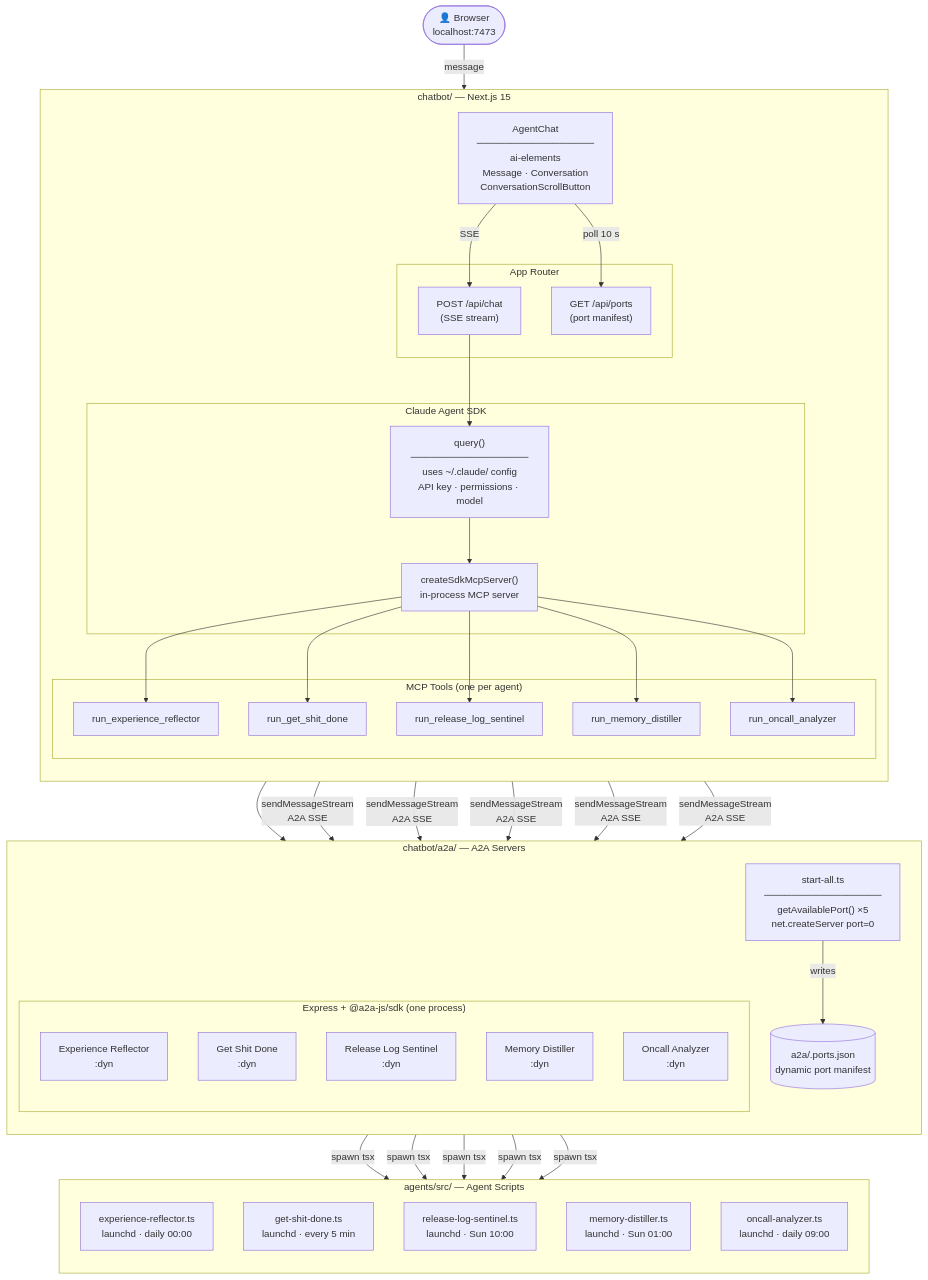
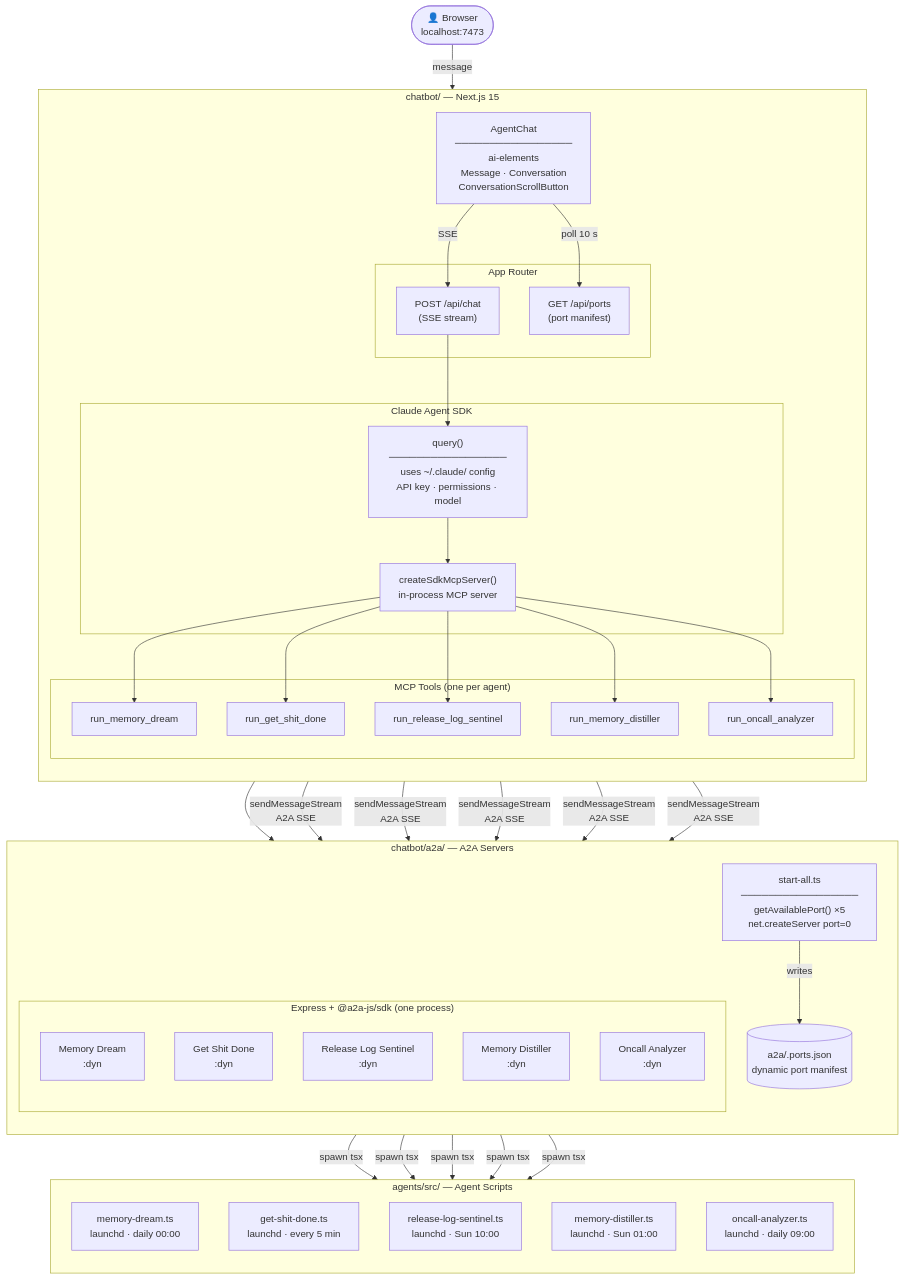
One commit to PixelPaw-Labs/DovePaw changed the first of 3 diagrams in README.md. Above: the diagram before and after it, drawn with Mermaid. The commit also changed other lines of this file and 14 other files, not shown here.

First line of the commit message:
refactor: rename experience-reflector agent to memory-dream

````diff
--- a/README.md
+++ b/README.md
@@ -11,72 +11,72 @@
 ```mermaid
 flowchart TD
     User(["👤 Browser\nlocalhost:7473"])
 
     subgraph chatbot["chatbot/  —  Next.js 15"]
         direction TB
         UI["AgentChat\n─────────────────\nai-elements\nMessage · Conversation\nConversationScrollButton"]
 
         subgraph routes["App Router"]
             APIChat["POST /api/chat\n(SSE stream)"]
             APIPorts["GET /api/ports\n(port manifest)"]
         end
 
         subgraph sdk["Claude Agent SDK"]
             Query["query()\n─────────────────\nuses ~/.claude/ config\nAPI key · permissions · model"]
             McpSrv["createSdkMcpServer()\nin-process MCP server"]
         end
 
         subgraph tools["MCP Tools  (one per agent)"]
-            T1["run_experience_reflector"]
+            T1["run_memory_dream"]
             T2["run_get_shit_done"]
             T3["run_release_log_sentinel"]
             T4["run_memory_distiller"]
             T5["run_oncall_analyzer"]
         end
     end
 
     subgraph a2a["chatbot/a2a/  —  A2A Servers"]
         direction TB
         StartAll["start-all.ts\n─────────────────\ngetAvailablePort() ×5\nnet.createServer port=0"]
         PM[("a2a/.ports.json\ndynamic port manifest")]
 
         subgraph servers["Express + @a2a-js/sdk  (one process)"]
-            S1["Experience Reflector\n:dyn"]
+            S1["Memory Dream\n:dyn"]
             S2["Get Shit Done\n:dyn"]
             S3["Release Log Sentinel\n:dyn"]
             S4["Memory Distiller\n:dyn"]
             S5["Oncall Analyzer\n:dyn"]
         end
     end
 
     subgraph src["agents/src/  —  Agent Scripts"]
         direction TB
-        A1["experience-reflector.ts\nlaunchd · daily 00:00"]
+        A1["memory-dream.ts\nlaunchd · daily 00:00"]
         A2["get-shit-done.ts\nlaunchd · every 5 min"]
         A3["release-log-sentinel.ts\nlaunchd · Sun 10:00"]
         A4["memory-distiller.ts\nlaunchd · Sun 01:00"]
         A5["oncall-analyzer.ts\nlaunchd · daily 09:00"]
     end
 
     User -- "message" --> UI
     UI -- "SSE" --> APIChat
     UI -- "poll 10 s" --> APIPorts
     APIPorts --> PM
     StartAll -- "writes" --> PM
 
     APIChat --> Query
     Query --> McpSrv
     McpSrv --> T1 & T2 & T3 & T4 & T5
 
     T1 -- "sendMessageStream\nA2A SSE" --> S1
     T2 -- "sendMessageStream\nA2A SSE" --> S2
     T3 -- "sendMessageStream\nA2A SSE" --> S3
     T4 -- "sendMessageStream\nA2A SSE" --> S4
     T5 -- "sendMessageStream\nA2A SSE" --> S5
 
     S1 -- "spawn tsx" --> A1
     S2 -- "spawn tsx" --> A2
     S3 -- "spawn tsx" --> A3
     S4 -- "spawn tsx" --> A4
     S5 -- "spawn tsx" --> A5
 ```
````
